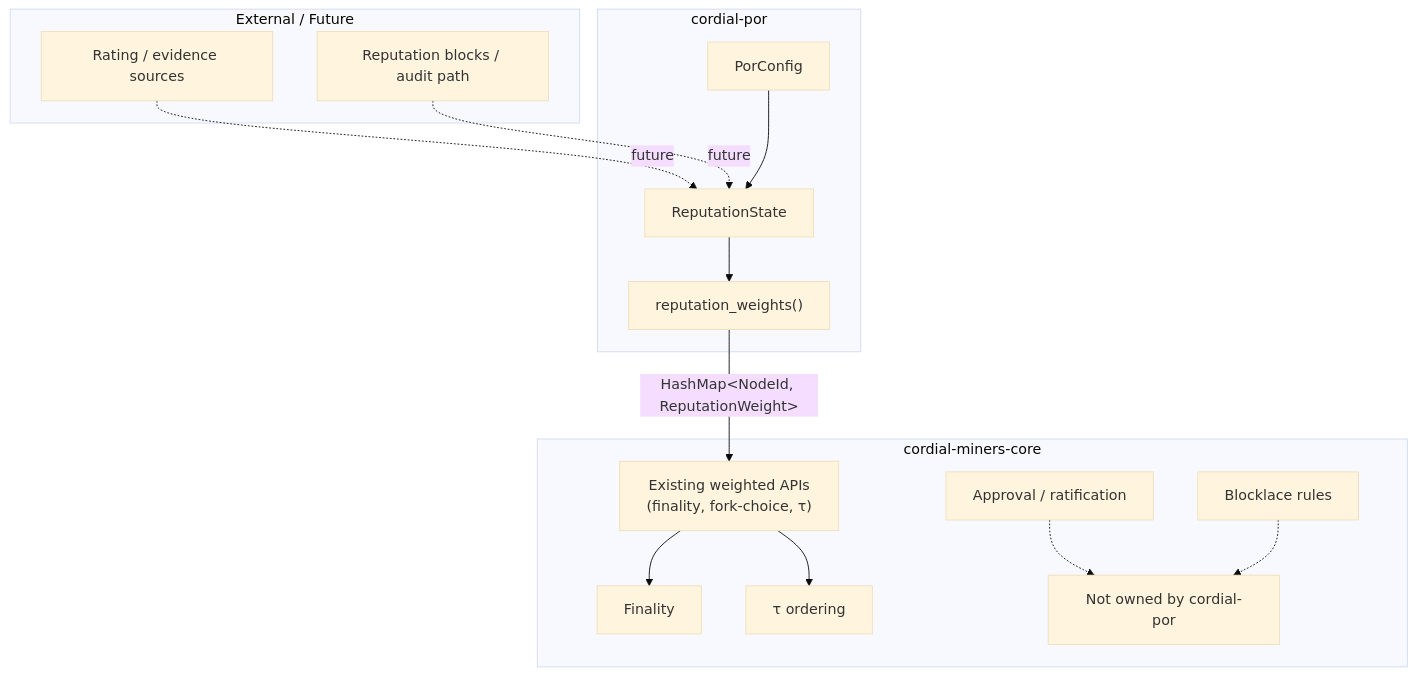
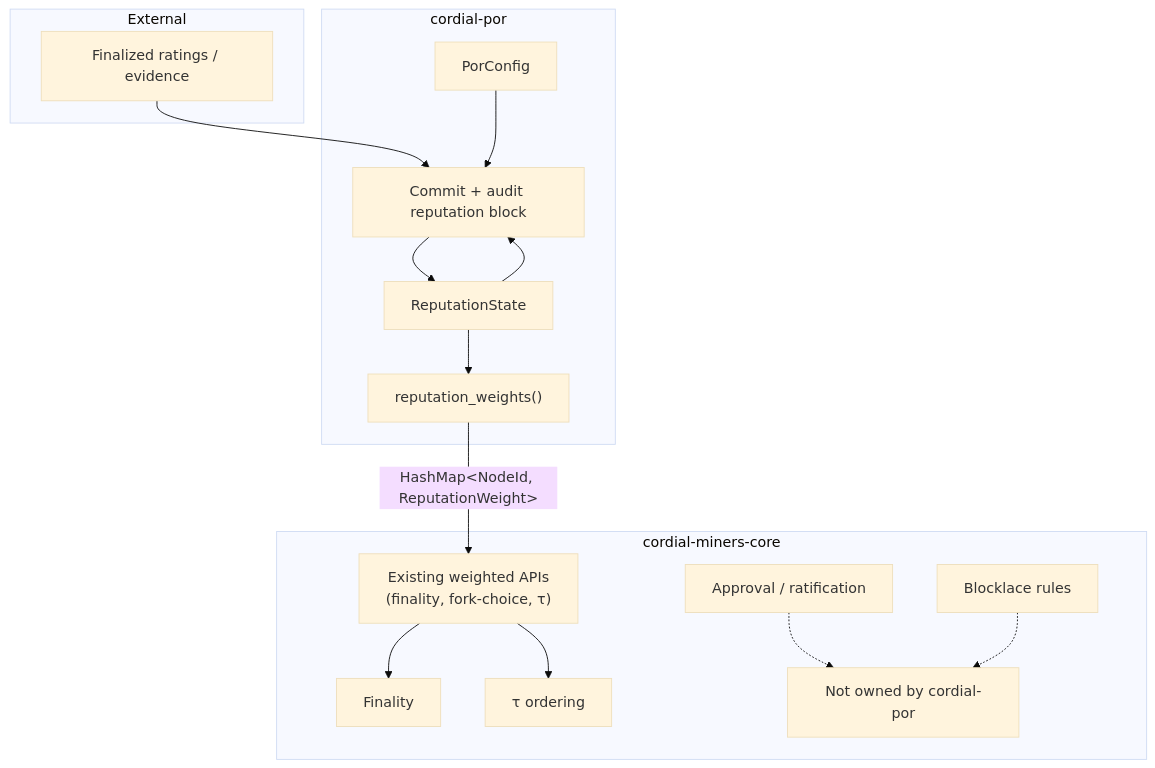
Before and after one commit to iCog-Labs-Dev/cordial-f1r3node: the first of 2 diagrams in crates/cordial-por/docs/00-architecture.md, drawn with Mermaid (base theme). The commit also changed other lines of this file and 1 other file, not shown here.

Commit message:
docs(por): specify reputation commitment v1

````diff
--- a/crates/cordial-por/docs/00-architecture.md
+++ b/crates/cordial-por/docs/00-architecture.md
@@ -25,36 +25,36 @@
 ```mermaid
 flowchart TD
 
-    subgraph External["External / Future"]
-        Ratings["Rating / evidence sources"]
-        Audit["Reputation blocks / audit path"]
+    subgraph External["External"]
+        Ratings["Finalized ratings / evidence"]
     end
 
     subgraph PoR["cordial-por"]
         Config["PorConfig"]
+        Audit["Commit + audit reputation block"]
         State["ReputationState"]
         Export["reputation_weights()"]
     end
 
     subgraph Core["cordial-miners-core"]
         Weighted["Existing weighted APIs<br/>(finality, fork-choice, τ)"]
         Finality["Finality"]
         Tau["τ ordering"]
         Approval["Approval / ratification"]
         Blocklace["Blocklace rules"]
         Ownership["Not owned by cordial-por"]
     end
 
-    Ratings -.->|future| State
-    Audit -.->|future| State
-
-    Config --> State
+    Ratings --> Audit
+    Config --> Audit
+    State --> Audit
+    Audit --> State
     State --> Export
     Export -->|"HashMap&lt;NodeId, ReputationWeight&gt;"| Weighted
 
     Weighted --> Finality
     Weighted --> Tau
 
     Approval -.-> Ownership
     Blocklace -.-> Ownership
 ```
````
